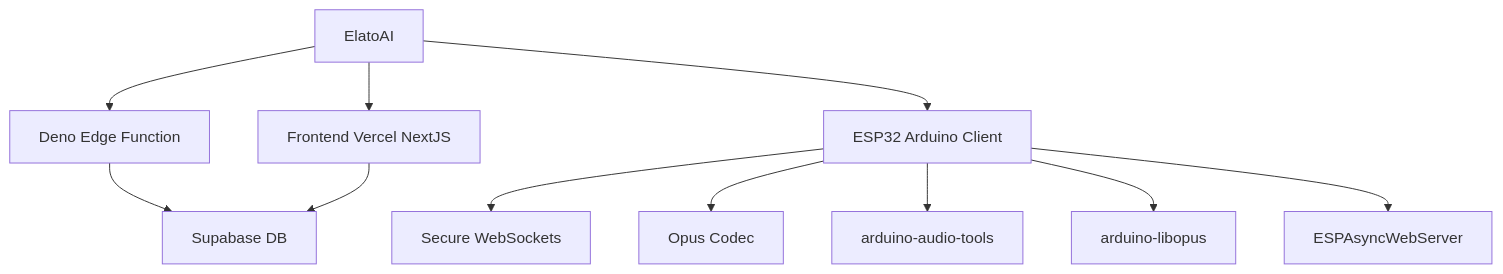
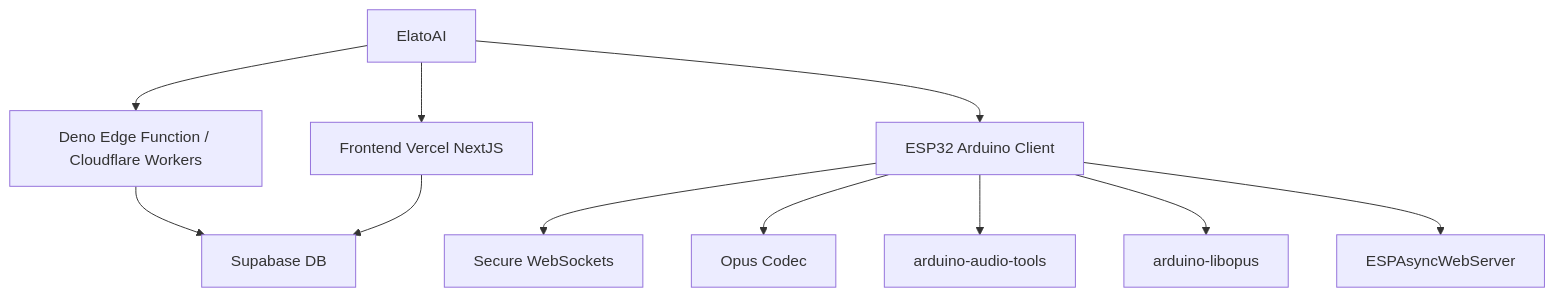
Before and after one commit to akdeb/ElatoAI: the second of 2 diagrams in README.md, drawn with Mermaid. The commit also changed other lines of this file, not shown here.

````diff
--- a/README.md
+++ b/README.md
@@ -139,15 +141,15 @@
 ```mermaid
 graph TD
   repo[ElatoAI]
   repo --> frontend[Frontend Vercel NextJS]
-  repo --> deno[Deno Edge Function]
+  repo --> server[Deno Edge Function / Cloudflare Workers]
   repo --> esp32[ESP32 Arduino Client]
-  deno --> supabase[Supabase DB]
+  server --> supabase[Supabase DB]
 
   frontend --> supabase
   esp32 --> websockets[Secure WebSockets]
   esp32 --> opus[Opus Codec]
   esp32 --> audio_tools[arduino-audio-tools]
   esp32 --> libopus[arduino-libopus]
   esp32 --> ESPAsyncWebServer[ESPAsyncWebServer]
 ```
````
